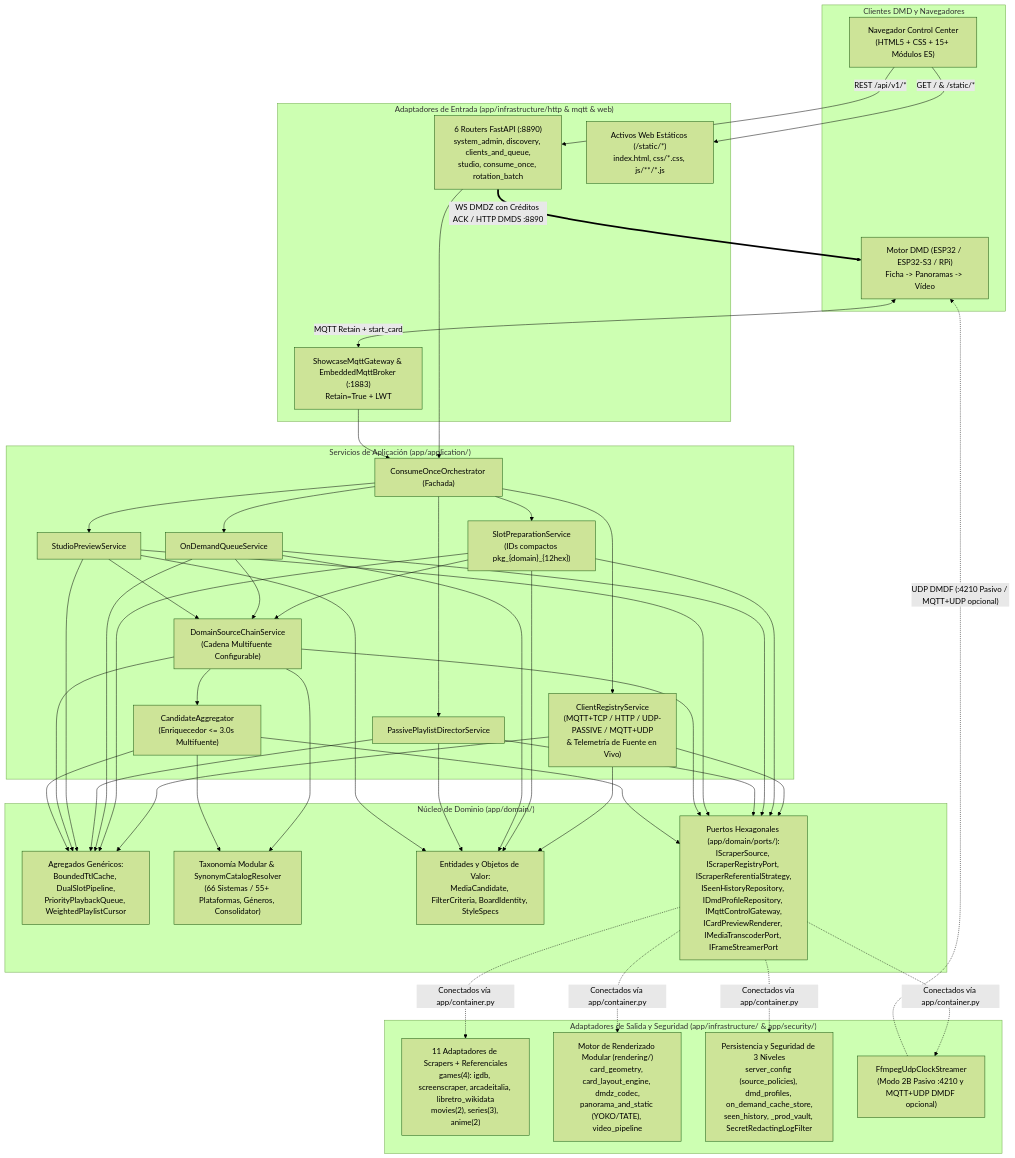
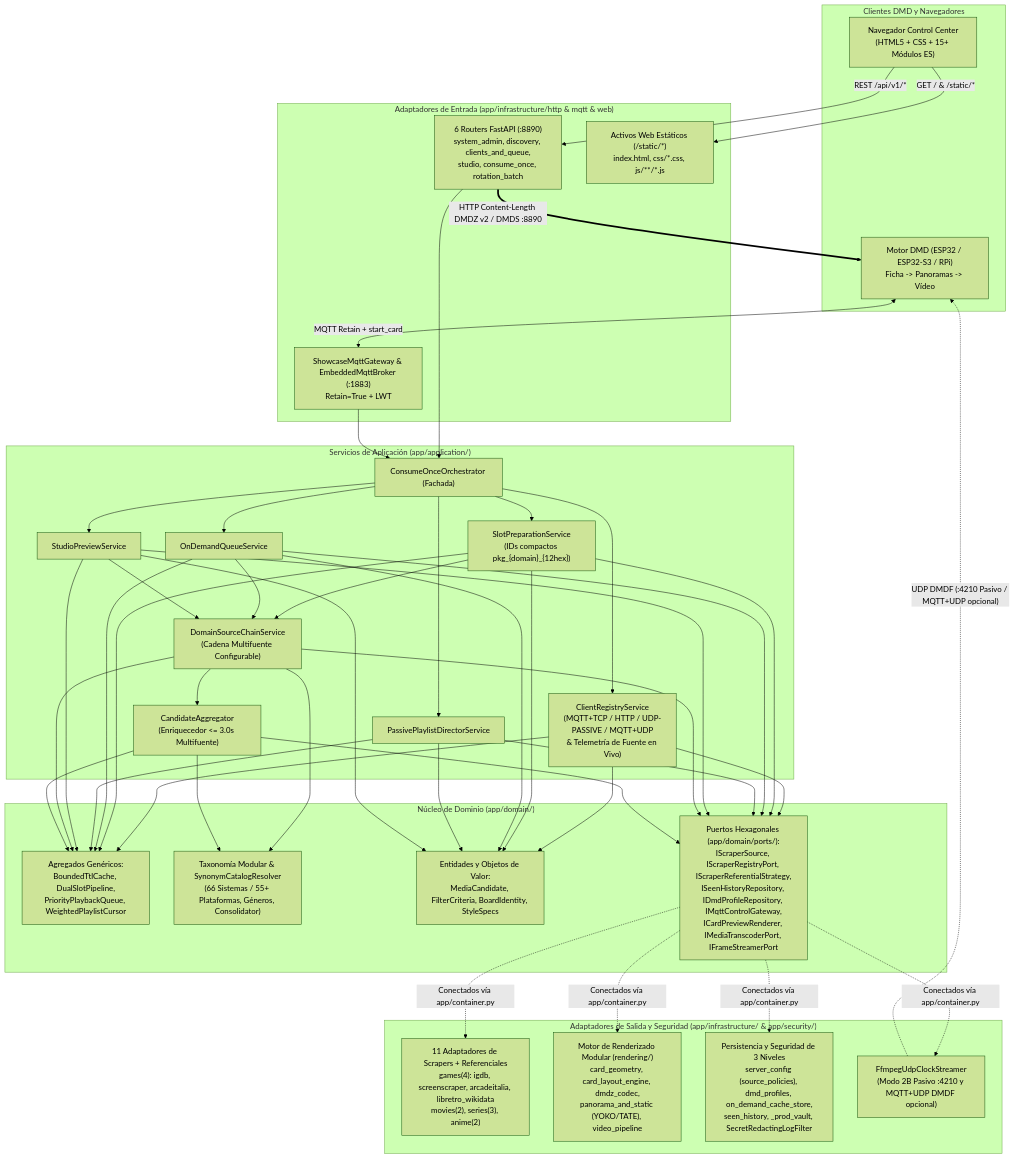
The first of 2 diagrams in docs/ARCHITECTURE_ES.md (red77290/dmd_media_showcase), drawn with Mermaid (forest theme) before and after one commit. The commit also changed other lines of this file and 38 other files, not shown here.

First line of the commit message:
refactor(stream): unify lossless DMDZ v2 plain-HTTP streaming and purge legacy codecs

````diff
--- a/docs/ARCHITECTURE_ES.md
+++ b/docs/ARCHITECTURE_ES.md
@@ -18,52 +18,52 @@
 ```mermaid
 flowchart TD
     subgraph DMD["Clientes DMD y Navegadores"]
         BROWSER["Navegador Control Center\n(HTML5 + CSS + 15+ Módulos ES)"]
         ENG["Motor DMD (ESP32 / ESP32-S3 / RPi)\nFicha -> Panoramas -> Vídeo"]
     end
 
     subgraph INFRA_IN["Adaptadores de Entrada (app/infrastructure/http & mqtt & web)"]
         ROUTERS["6 Routers FastAPI (:8890)\nsystem_admin, discovery, clients_and_queue,\nstudio, consume_once, rotation_batch"]
         STATIC["Activos Web Estáticos (/static/*)\nindex.html, css/*.css, js/**/*.js"]
         MQTT["ShowcaseMqttGateway & EmbeddedMqttBroker (:1883)\nRetain=True + LWT"]
     end
 
     subgraph APP["Servicios de Aplicación (app/application/)"]
         ORCH["ConsumeOnceOrchestrator (Fachada)"]
         REG_SVC["ClientRegistryService\n(MQTT+TCP / HTTP / UDP-PASSIVE / MQTT+UDP\n& Telemetría de Fuente en Vivo)"]
         PREP_SVC["SlotPreparationService\n(IDs compactos pkg_{domain}_{12hex})"]
         QUEUE_SVC["OnDemandQueueService"]
         DIR_SVC["PassivePlaylistDirectorService"]
         STUDIO_SVC["StudioPreviewService"]
         CHAIN["DomainSourceChainService\n(Cadena Multifuente Configurable)"]
         AGG_SVC["CandidateAggregator\n(Enriquecedor <= 3.0s Multifuente)"]
     end
 
     subgraph DOMAIN["Núcleo de Dominio (app/domain/)"]
         AGG["Agregados Genéricos:\nBoundedTtlCache, DualSlotPipeline,\nPriorityPlaybackQueue, WeightedPlaylistCursor"]
         TAX["Taxonomía Modular & SynonymCatalogResolver\n(66 Sistemas / 55+ Plataformas, Géneros, Consolidator)"]
         VO["Entidades y Objetos de Valor:\nMediaCandidate, FilterCriteria, BoardIdentity, StyleSpecs"]
         PORTS["Puertos Hexagonales (app/domain/ports/):\nIScraperSource, IScraperRegistryPort, IScraperReferentialStrategy,\nISeenHistoryRepository, IDmdProfileRepository, IMqttControlGateway,\nICardPreviewRenderer, IMediaTranscoderPort, IFrameStreamerPort"]
     end
 
     subgraph INFRA_OUT["Adaptadores de Salida y Seguridad (app/infrastructure/ & app/security/)"]
         SCRAPERS["11 Adaptadores de Scrapers + Referenciales\ngames(4): igdb, screenscraper, arcadeitalia, libretro_wikidata\nmovies(2), series(3), anime(2)"]
         RENDER["Motor de Renderizado Modular (rendering/)\ncard_geometry, card_layout_engine, dmdz_codec,\npanorama_and_static (YOKO/TATE), video_pipeline"]
         PERSIST["Persistencia y Seguridad de 3 Niveles\nserver_config (source_policies), dmd_profiles, on_demand_cache_store,\nseen_history, _prod_vault, SecretRedactingLogFilter"]
         UDP["FfmpegUdpClockStreamer\n(Modo 2B Pasivo :4210 y MQTT+UDP DMDF opcional)"]
     end
 
     BROWSER -->|"GET / & /static/*"| STATIC
     BROWSER -->|"REST /api/v1/*"| ROUTERS
     ENG <-->|"MQTT Retain + start_card"| MQTT
-    ROUTERS ==>|"WS DMDZ con Créditos ACK / HTTP DMDS :8890"| ENG
+    ROUTERS ==>|"HTTP Content-Length DMDZ v2 / DMDS :8890"| ENG
     ROUTERS --> ORCH
     MQTT --> ORCH
     ORCH --> REG_SVC & PREP_SVC & QUEUE_SVC & DIR_SVC & STUDIO_SVC
     PREP_SVC & QUEUE_SVC & STUDIO_SVC --> CHAIN
     CHAIN --> AGG_SVC
     REG_SVC & PREP_SVC & QUEUE_SVC & DIR_SVC & STUDIO_SVC --> AGG & VO & PORTS
     CHAIN & AGG_SVC --> TAX & AGG & PORTS
     PORTS -.->|"Conectados vía app/container.py"| SCRAPERS & RENDER & PERSIST & UDP
     UDP -.->|"UDP DMDF (:4210 Pasivo / MQTT+UDP opcional)"| ENG
 ```
````
